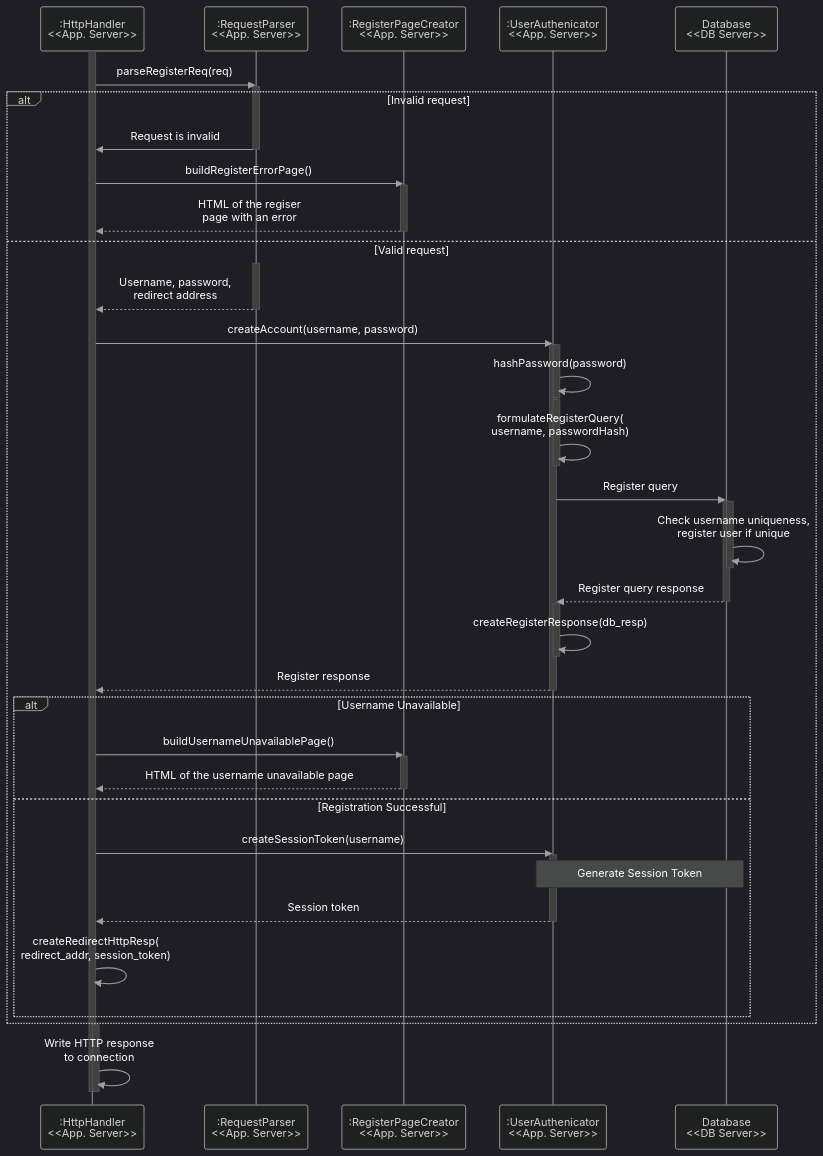
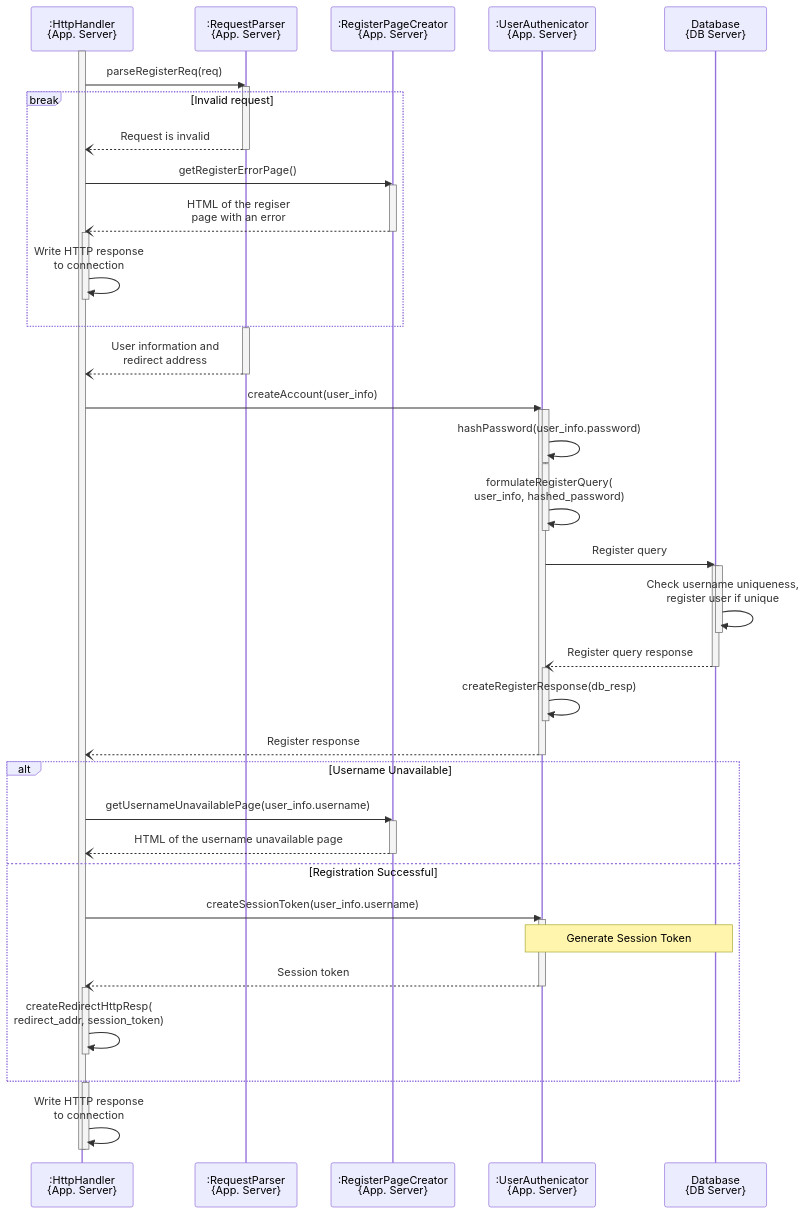
Before and after one commit to ahmadxzaki/SOFT437: the third of 4 diagrams in A1/Login-SequenceDiagram.md, drawn with Mermaid. The commit also changed other lines of this file and 6 other files, not shown here.

````diff
--- a/A1/Login-SequenceDiagram.md
+++ b/A1/Login-SequenceDiagram.md
@@ -145,76 +140,81 @@
 ```mermaid
-%%{init: {
-  "theme": "dark",
-  "themeVariables": {
+%% %%{init: {
+%%   "theme": "dark",
+%%   "themeVariables": {
 
-    "textColor": "#ffffff",
-    "actorLineColor": "#787878",
-    "signalColor": "#a0a0a0",
-    "signalTextColor": "#ffffff",
-    "loopTextColor": "#ffffff",
-    "noteTextColor": "#ffffff",
+%%     "textColor": "#ffffff",
+%%     "actorLineColor": "#787878",
+%%     "signalColor": "#a0a0a0",
+%%     "signalTextColor": "#ffffff",
+%%     "loopTextColor": "#ffffff",
+%%     "noteTextColor": "#ffffff",
     
-    "activationBkgColor": "#404040",
-    "activationBorderColor": "#5d5d5d"
-  }
-}}%%
+%%     "activationBkgColor": "#404040",
+%%     "activationBorderColor": "#5d5d5d"
+%%   }
+%% }}%%
 sequenceDiagram
-    participant H as :HttpHandler<br> <<App. Server>>
-    participant P as :RequestParser<br> <<App. Server>>
-    participant R as :RegisterPageCreator<br> <<App. Server>>
-    participant A as :UserAuthenicator<br> <<App. Server>>
-    participant DB as Database<br><<DB Server>>
+    participant H as :HttpHandler<br> {App. Server}
+    participant P as :RequestParser<br> {App. Server}
+    participant R as :RegisterPageCreator<br> {App. Server}
+    participant A as :UserAuthenicator<br> {App. Server}
+    participant DB as Database<br> {DB Server}
 
     activate H
     H->>P: parseRegisterReq(req)
     activate P
 
-    alt Invalid request
-        P->>H: Request is invalid
+    break Invalid request
+        P--)H: Request is invalid
         deactivate P
-        H->>R: buildRegisterErrorPage()
+        H->>R: getRegisterErrorPage()
         activate R
-        R-->>H: HTML of the regiser<br>page with an error
+        R--)H: HTML of the regiser<br>page with an error
         deactivate R
-        
-    else Valid request
-        activate P
-        P-->>H: Username, password,<br>redirect address
-        deactivate P
-        H->>A: createAccount(username, password)
+
+        activate H
+        H->>H: Write HTTP response<br>to connection
+        deactivate H
+    end
+    
+    activate P
+    P--)H: User information and<br>redirect address
+    deactivate P
+    H->>A: createAccount(user_info)
+    activate A
         activate A
-            activate A
-            A->>A: hashPassword(password)
-            deactivate A
-            activate A
-            A->>A: formulateRegisterQuery(<br>username, passwordHash)
-            deactivate A
-        A->>DB: Register query
+        A->>A: hashPassword(user_info.password)
+        deactivate A
+        activate A
+        A->>A: formulateRegisterQuery(<br>user_info, hashed_password)
+        deactivate A
+    A->>DB: Register query
+    activate DB
         activate DB
-            activate DB
-            DB->>DB: Check username uniqueness,<br>register user if unique
-            deactivate DB
-        DB-->>A: Register query response
+        DB->>DB: Check username uniqueness,<br>register user if unique
         deactivate DB
-            activate A
-            A->>A: createRegisterResponse(db_resp)
-            deactivate A
-        A-->>H: Register response
+    DB--)A: Register query response
+    deactivate DB
+        activate A
+        A->>A: createRegisterResponse(db_resp)
         deactivate A
-        
-        alt Username Unavailable
-            H->>R: buildUsernameUnavailablePage()
-            activate R
-            R-->>H: HTML of the username unavailable page
-            deactivate R
-        else Registration Successful
-            H->>A: createSessionToken(username)
-            activate A
-            Note over A, DB: Generate Session Token
-            A-->>H: Session token
-            deactivate A
-            H->>H: createRedirectHttpResp(<br>redirect_addr, session_token)
-        end
+    A--)H: Register response
+    deactivate A
+    
+    alt Username Unavailable
+        H->>R: getUsernameUnavailablePage(user_info.username)
+        activate R
+        R--)H: HTML of the username unavailable page
+        deactivate R
+    else Registration Successful
+        H->>A: createSessionToken(user_info.username)
+        activate A
+        Note over A, DB: Generate Session Token
+        A--)H: Session token
+        deactivate A
+        activate H
+        H->>H: createRedirectHttpResp(<br>redirect_addr, session_token)
+        deactivate H
     end
 
     activate H
````
